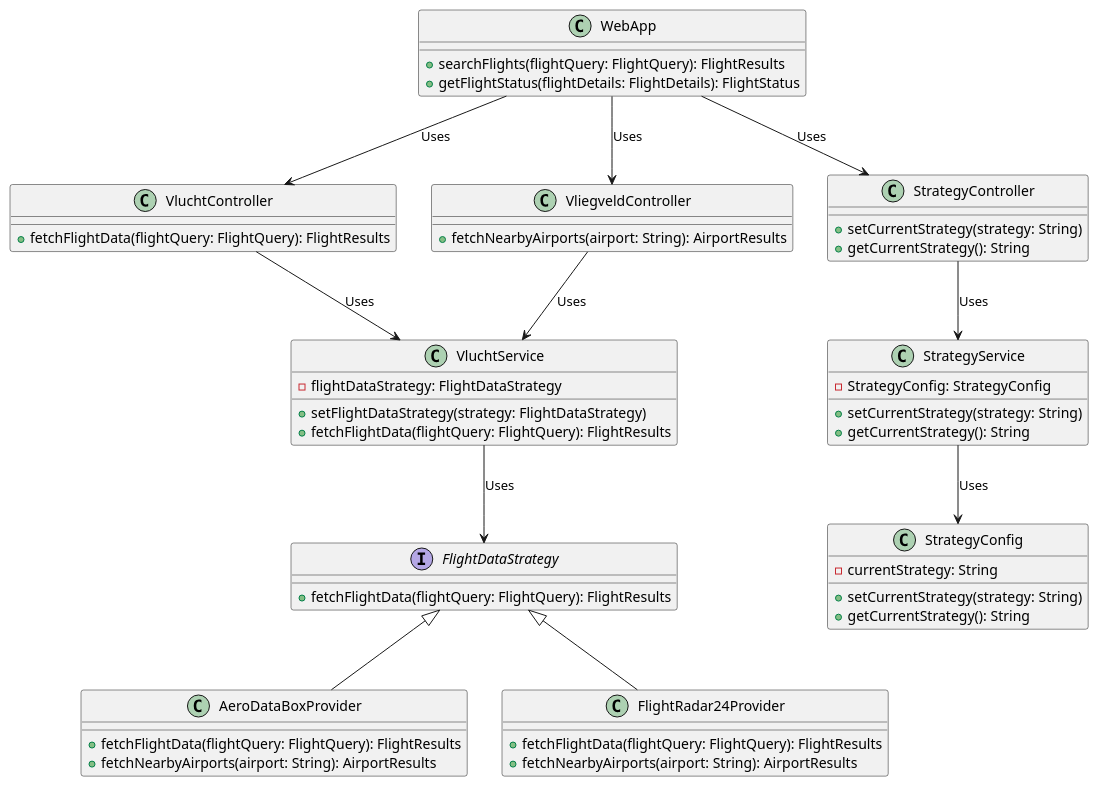
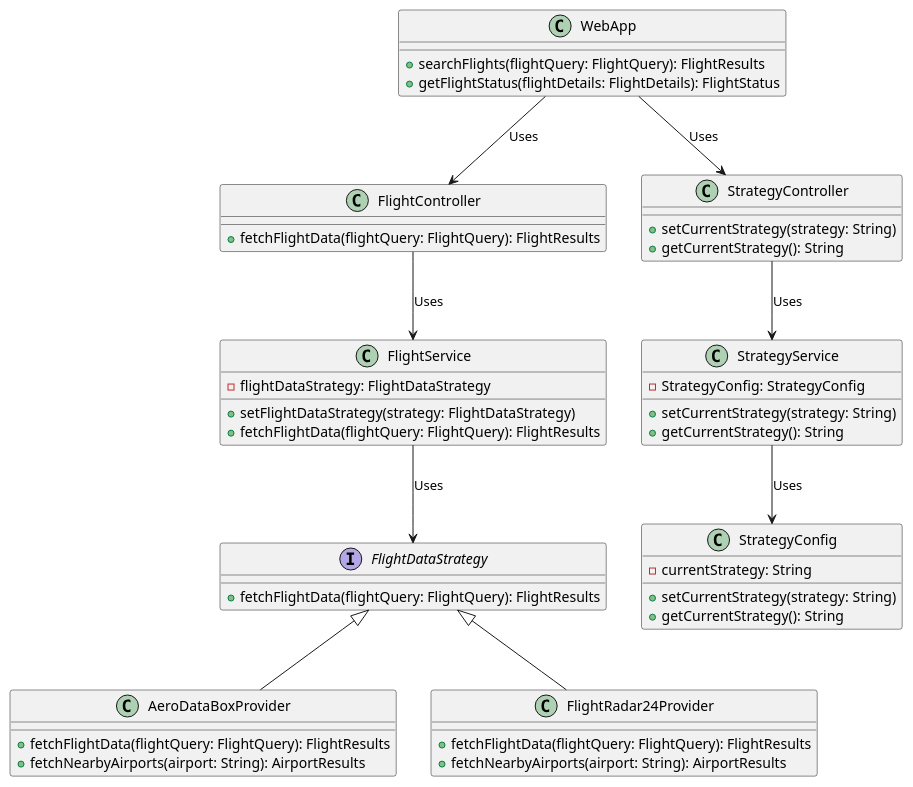
One commit to AIM-ENE-feb25/triptop-groep-b2 changed the diagram in classDiagramQuestion.puml. Above: the diagram before and after it, drawn with PlantUML. The commit also changed 23 other files, not shown here.

Commit message:
updated code and class diagram

```diff
--- a/classDiagramQuestion.puml
+++ b/classDiagramQuestion.puml
@@ -1,67 +1,61 @@
 @startuml
 'https://plantuml.com/class-diagram
 
 class WebApp {
     +searchFlights(flightQuery: FlightQuery): FlightResults
     +getFlightStatus(flightDetails: FlightDetails): FlightStatus
 }
 
-class VluchtController {
+class FlightController {
     +fetchFlightData(flightQuery: FlightQuery): FlightResults
-}
-
-class VliegveldController {
-    +fetchNearbyAirports(airport: String): AirportResults
 }
 
 class StrategyController {
     +setCurrentStrategy(strategy: String)
     +getCurrentStrategy(): String
 }
 
-class VluchtService {
+class FlightService {
     -flightDataStrategy: FlightDataStrategy
     +setFlightDataStrategy(strategy: FlightDataStrategy)
     +fetchFlightData(flightQuery: FlightQuery): FlightResults
 }
 
 class StrategyService {
     -StrategyConfig: StrategyConfig
     +setCurrentStrategy(strategy: String)
     +getCurrentStrategy(): String
 }
 
 interface FlightDataStrategy {
     +fetchFlightData(flightQuery: FlightQuery): FlightResults
 }
 
 class AeroDataBoxProvider {
     +fetchFlightData(flightQuery: FlightQuery): FlightResults
     +fetchNearbyAirports(airport: String): AirportResults
 }
 
 class FlightRadar24Provider {
     +fetchFlightData(flightQuery: FlightQuery): FlightResults
     +fetchNearbyAirports(airport: String): AirportResults
 }
 
 class StrategyConfig {
     -currentStrategy: String
     +setCurrentStrategy(strategy: String)
     +getCurrentStrategy(): String
 }
 
 ' Relationships
-WebApp --> VluchtController : "Uses"
-WebApp --> VliegveldController : "Uses"
+WebApp --> FlightController : "Uses"
 WebApp --> StrategyController : "Uses"
-VluchtController --> VluchtService : "Uses"
-VliegveldController --> VluchtService : "Uses"
+FlightController --> FlightService : "Uses"
 StrategyController --> StrategyService : "Uses"
-VluchtService --> FlightDataStrategy : "Uses"
+FlightService --> FlightDataStrategy : "Uses"
 StrategyService --> StrategyConfig : "Uses"
 
 FlightDataStrategy <|-- AeroDataBoxProvider
 FlightDataStrategy <|-- FlightRadar24Provider
 
 @enduml
```
